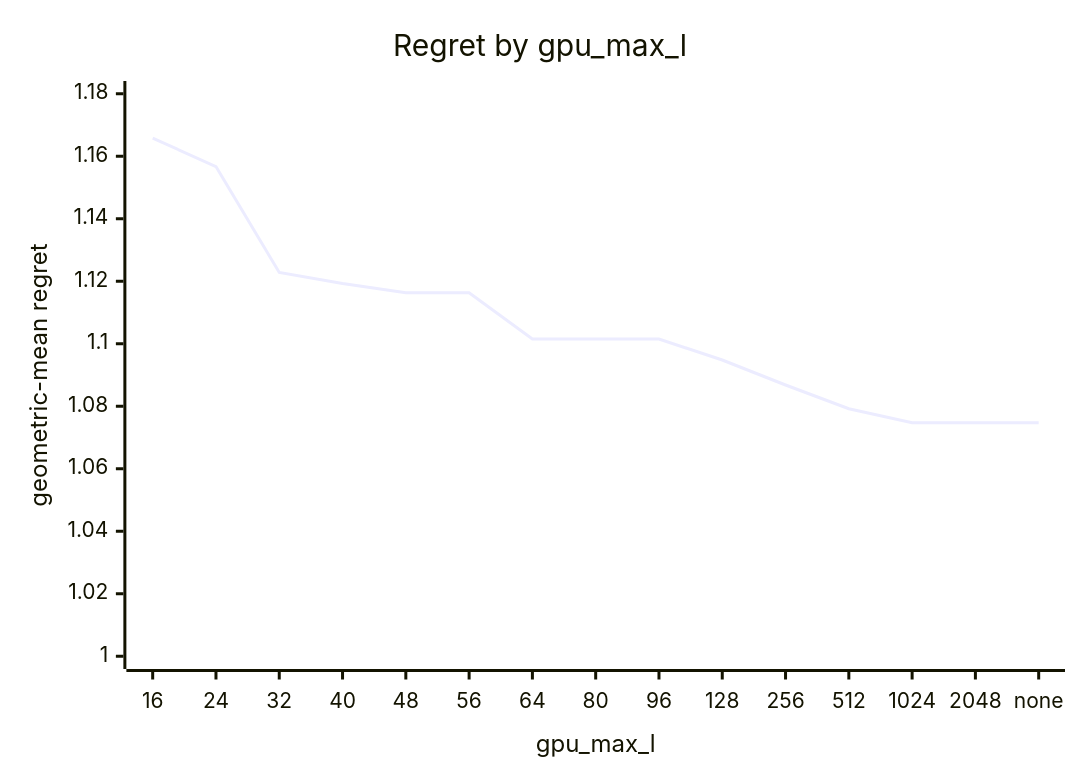
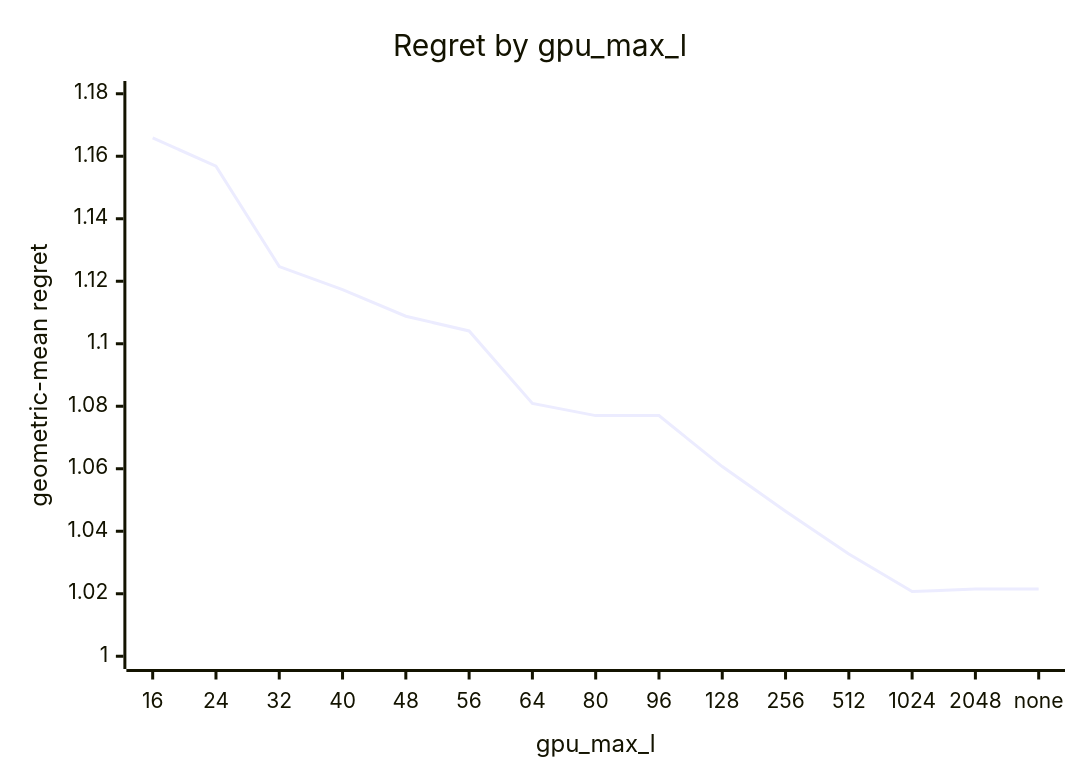
One commit to c0rmac/metal-linalg changed the seventh of 9 diagrams in docs/results/apple-m5-pro-20gpu/20261009-b60ec0/svd/report.md. Above: the diagram before and after it, drawn with Mermaid. The commit also changed other lines of this file and 35 other files, not shown here.

````diff
--- a/docs/results/apple-m5-pro-20gpu/20261009-b60ec0/svd/report.md
+++ b/docs/results/apple-m5-pro-20gpu/20261009-b60ec0/svd/report.md
@@ -260,7 +262,7 @@
 ```mermaid
 xychart-beta
     title "Regret by gpu_max_l"
     x-axis "gpu_max_l" [16, 24, 32, 40, 48, 56, 64, 80, 96, 128, 256, 512, 1024, 2048, none]
     y-axis "geometric-mean regret" 1.0 --> 1.18
-    line [1.1658, 1.1567, 1.1228, 1.1193, 1.1163, 1.1163, 1.1015, 1.1015, 1.1015, 1.0948, 1.0868, 1.0792, 1.0747, 1.0747, 1.0747]
+    line [1.1659, 1.1568, 1.1247, 1.1173, 1.1088, 1.1041, 1.0809, 1.0770, 1.0770, 1.0607, 1.0464, 1.0327, 1.0207, 1.0215, 1.0215]
 ```
````
